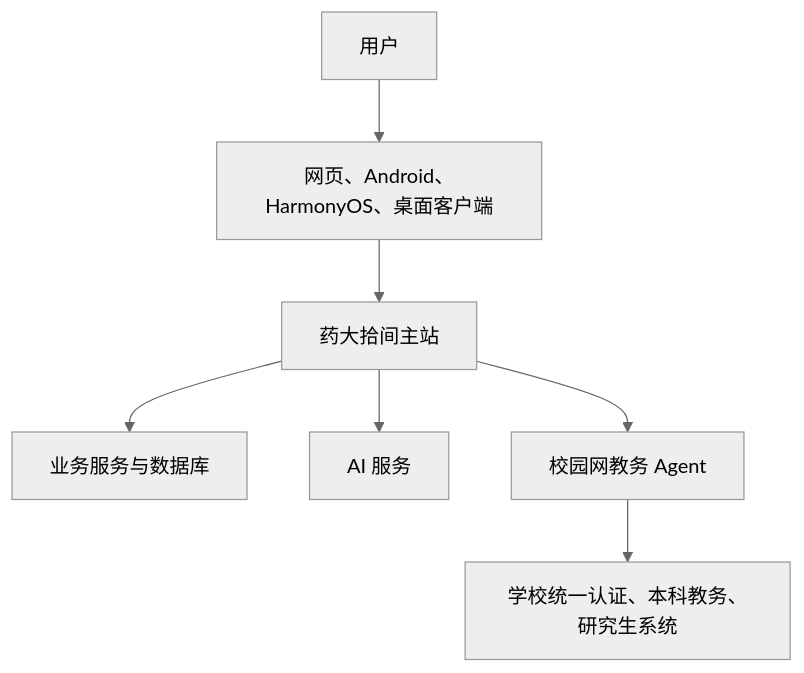
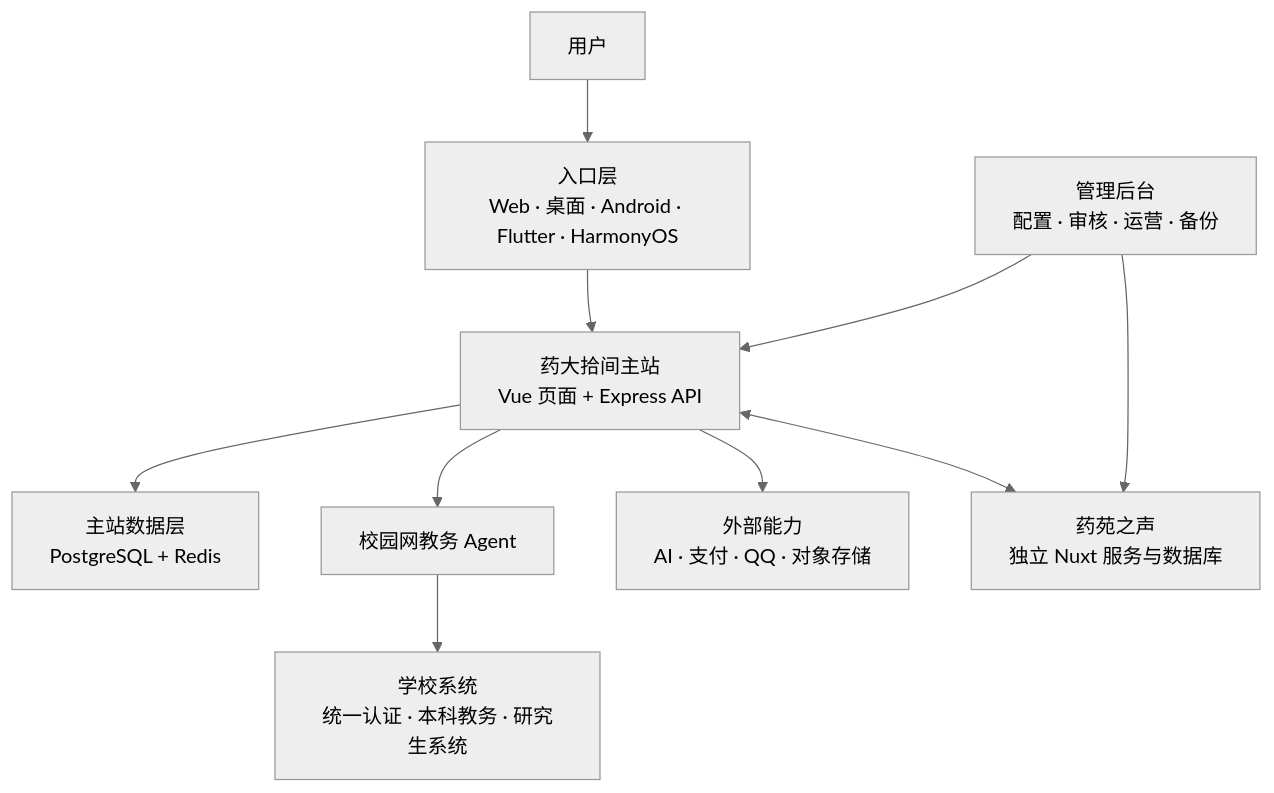
Before and after one commit to sx120609/CPU-web: the first of 3 diagrams in docs/technical-overview.md, drawn with Mermaid (neutral theme). The commit also changed other lines of this file and 4 other files, not shown here.

````diff
--- a/docs/technical-overview.md
+++ b/docs/technical-overview.md
@@ -13,17 +22,22 @@
 ```mermaid
 flowchart TB
     U["用户"]
-    C["网页、Android、HarmonyOS、桌面客户端"]
-    W["药大拾间主站"]
-    B["业务服务与数据库"]
-    AI["AI 服务"]
+    E["入口层<br/>Web · 桌面 · Android · Flutter · HarmonyOS"]
+    W["药大拾间主站<br/>Vue 页面 + Express API"]
+    D["主站数据层<br/>PostgreSQL + Redis"]
     A["校园网教务 Agent"]
-    S["学校统一认证、本科教务、研究生系统"]
+    S["学校系统<br/>统一认证 · 本科教务 · 研究生系统"]
+    X["外部能力<br/>AI · 支付 · QQ · 对象存储"]
+    V["药苑之声<br/>独立 Nuxt 服务与数据库"]
+    M["管理后台<br/>配置 · 审核 · 运营 · 备份"]
 
-    U --> C
-    C --> W
-    W --> B
-    W --> AI
+    U --> E
+    E --> W
+    W --> D
     W --> A
     A --> S
+    W --> X
+    W <--> V
+    M --> W
+    M --> V
 ```
````
